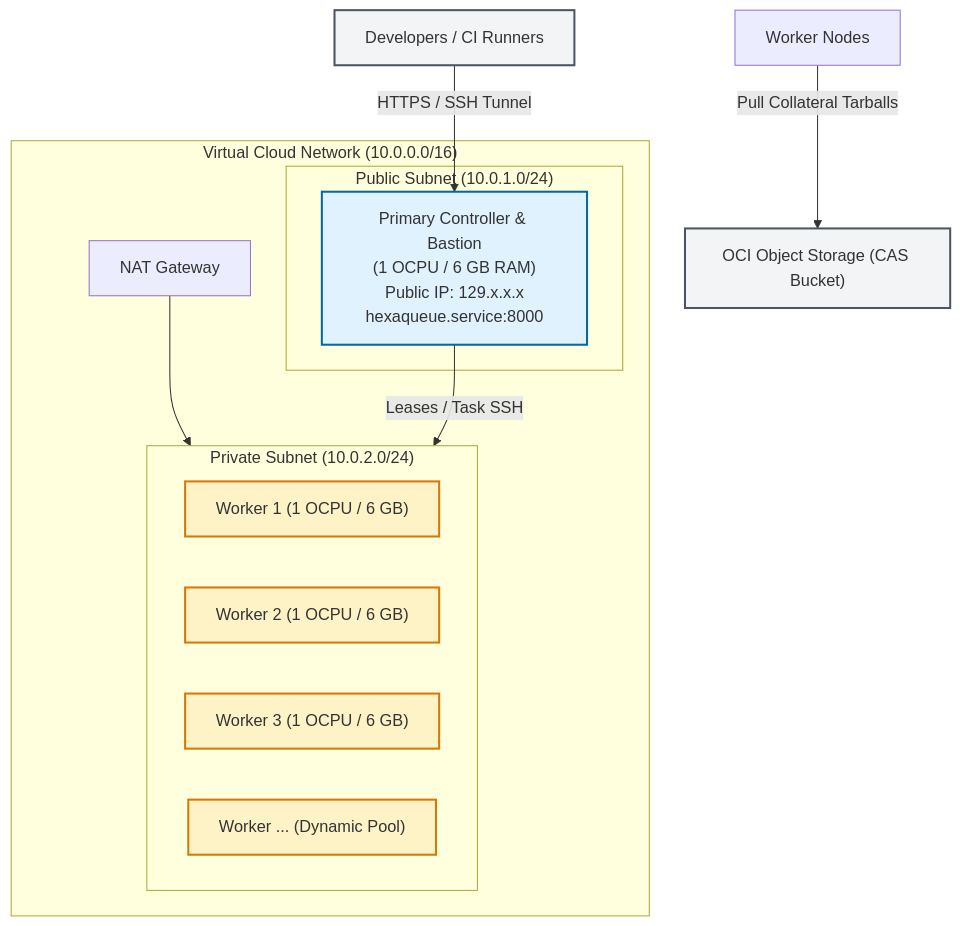
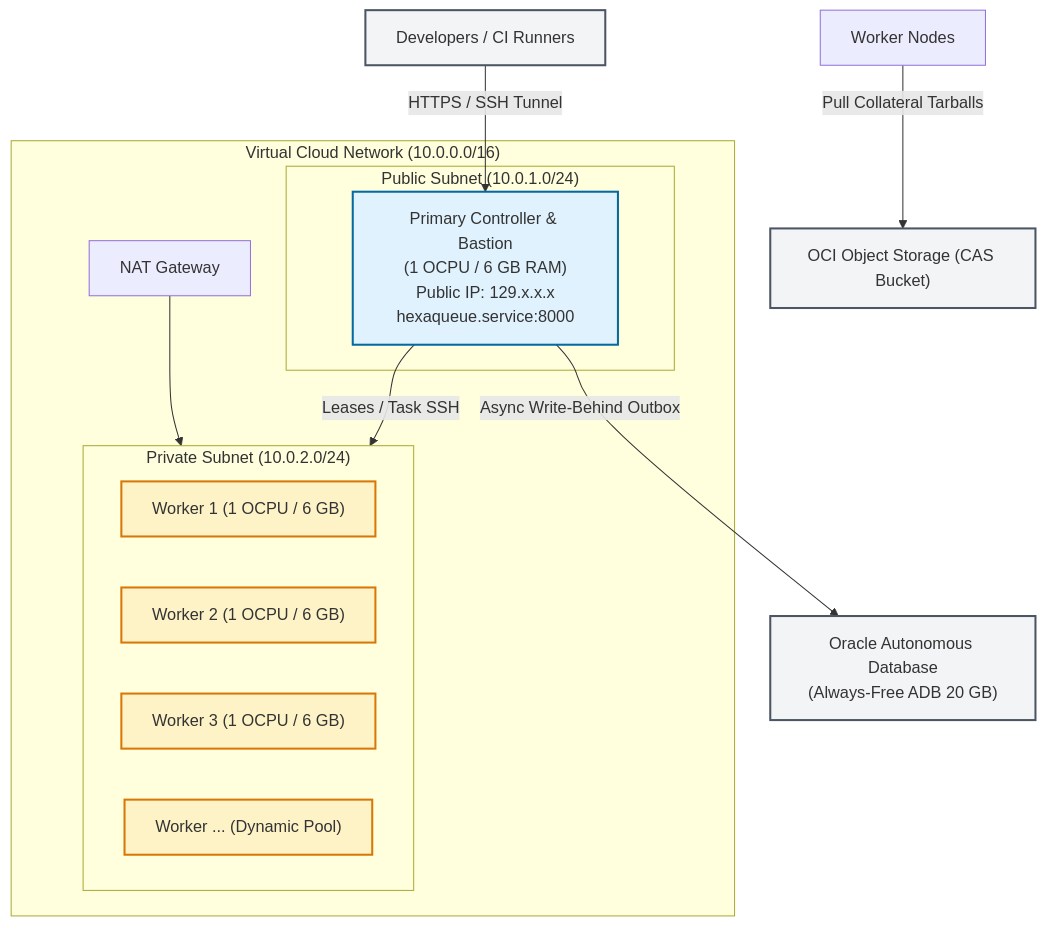
One commit to TheTrueSCU/hexaqueue changed the diagram in docs/guides/oci-deployment-guide.md. Above: the diagram before and after it, drawn with Mermaid. The commit also changed other lines of this file and 22 other files, not shown here.

First line of the commit message:
feat(server): add Oracle Autonomous Database storage adapter with write-behind outbox (#137)

````diff
--- a/docs/guides/oci-deployment-guide.md
+++ b/docs/guides/oci-deployment-guide.md
@@ -14,28 +15,29 @@
 ```mermaid
 flowchart TD
     subgraph VCN["Virtual Cloud Network (10.0.0.0/16)"]
         subgraph PublicSubnet["Public Subnet (10.0.1.0/24)"]
             BastionController["Primary Controller & Bastion<br/>(1 OCPU / 6 GB RAM)<br/>Public IP: 129.x.x.x<br/>hexaqueue.service:8000"]
         end
 
         subgraph PrivateSubnet["Private Subnet (10.0.2.0/24)"]
             Worker1["Worker 1 (1 OCPU / 6 GB)"]
             Worker2["Worker 2 (1 OCPU / 6 GB)"]
             Worker3["Worker 3 (1 OCPU / 6 GB)"]
             WorkerN["Worker ... (Dynamic Pool)"]
         end
 
         NAT["NAT Gateway"] --> PrivateSubnet
         BastionController -->|Leases / Task SSH| PrivateSubnet
     end
 
     Devs["Developers / CI Runners"] -->|HTTPS / SSH Tunnel| BastionController
+    BastionController -->|Async Write-Behind Outbox| ADB["Oracle Autonomous Database<br/>(Always-Free ADB 20 GB)"]
     WorkerPool["Worker Nodes"] -->|Pull Collateral Tarballs| CAS["OCI Object Storage (CAS Bucket)"]
 
     classDef pub fill:#e0f2fe,stroke:#0369a1,stroke-width:2px;
     classDef priv fill:#fef3c7,stroke:#d97706,stroke-width:2px;
     classDef ext fill:#f3f4f6,stroke:#4b5563,stroke-width:2px;
     class BastionController pub;
     class Worker1,Worker2,Worker3,WorkerN priv;
-    class Devs,CAS ext;
+    class Devs,CAS,ADB ext;
 ```
````
